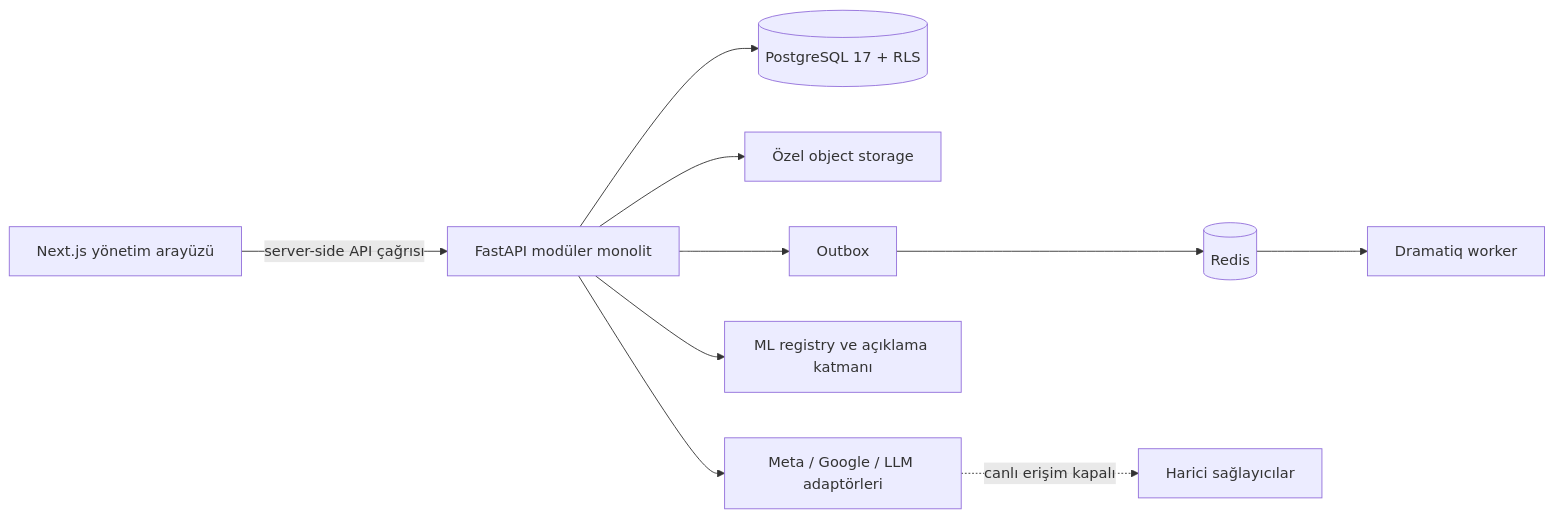
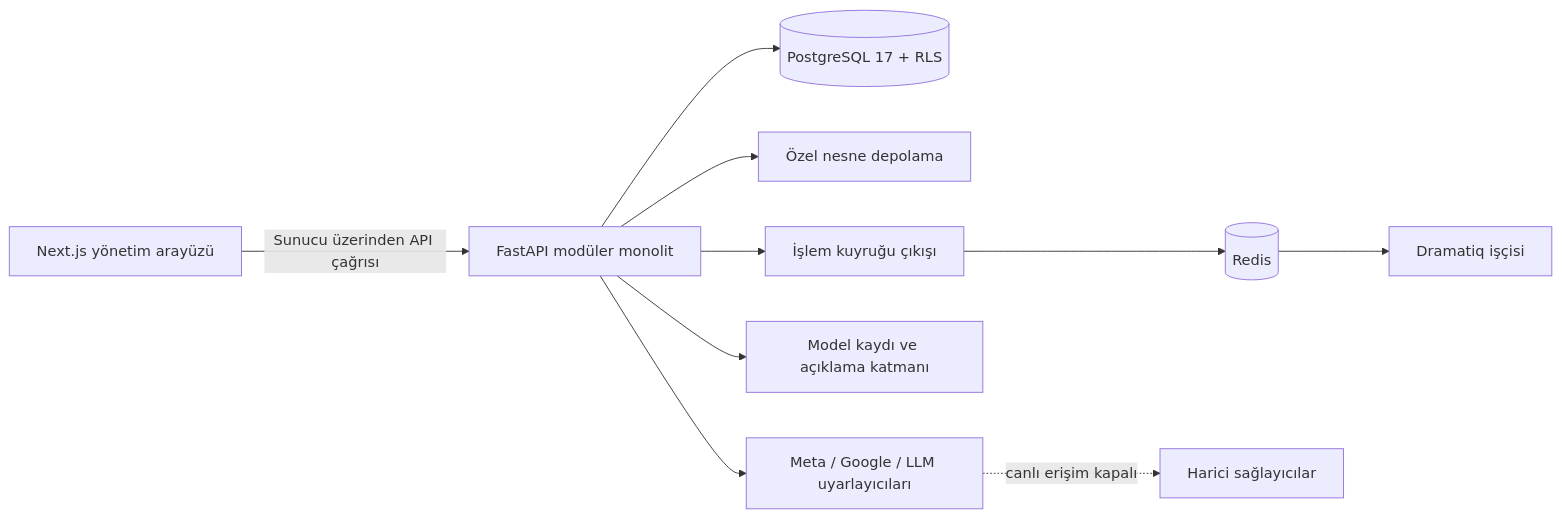
The diagram in README.md (edasaruhan/SIC_AI_17_Capstone_Group_7), drawn with Mermaid before and after one commit. The commit also changed other lines of this file and 8 other files, not shown here.

````diff
--- a/README.md
+++ b/README.md
@@ -56,12 +66,12 @@
 ```mermaid
 flowchart LR
-    U[Next.js yönetim arayüzü] -->|server-side API çağrısı| A[FastAPI modüler monolit]
+    U[Next.js yönetim arayüzü] -->|Sunucu üzerinden API çağrısı| A[FastAPI modüler monolit]
     A --> D[(PostgreSQL 17 + RLS)]
-    A --> O[Özel object storage]
-    A --> Q[Outbox]
+    A --> O[Özel nesne depolama]
+    A --> Q[İşlem kuyruğu çıkışı]
     Q --> R[(Redis)]
-    R --> W[Dramatiq worker]
-    A --> M[ML registry ve açıklama katmanı]
-    A --> I[Meta / Google / LLM adaptörleri]
+    R --> W[Dramatiq işçisi]
+    A --> M[Model kaydı ve açıklama katmanı]
+    A --> I[Meta / Google / LLM uyarlayıcıları]
     I -. canlı erişim kapalı .-> X[Harici sağlayıcılar]
 ```
````
